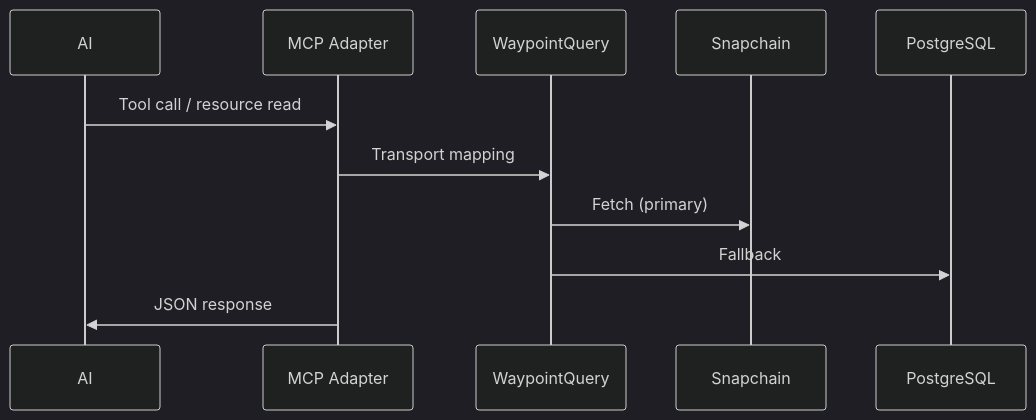
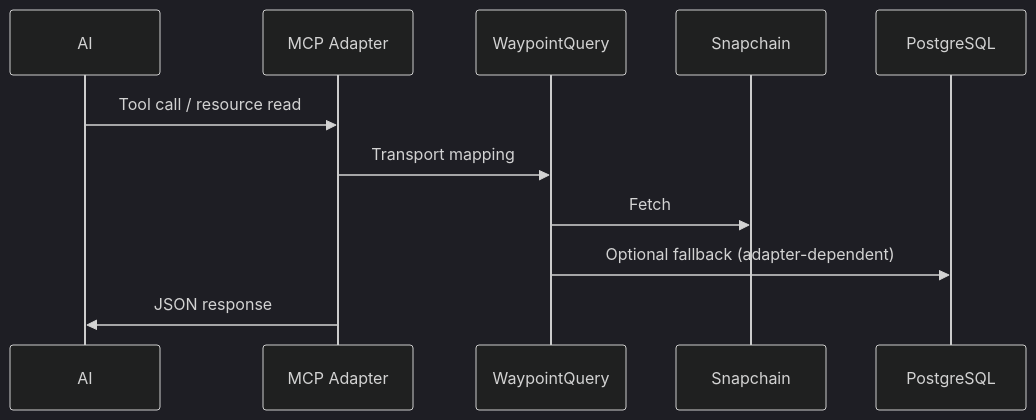
The third of 3 diagrams in docs/architecture.md (officialunofficial/waypoint), drawn with Mermaid (dark theme) before and after one commit. The commit also changed other lines of this file and 36 other files, not shown here.

````diff
--- a/docs/architecture.md
+++ b/docs/architecture.md
@@ -66,14 +66,14 @@
 ```mermaid
 sequenceDiagram
     participant AI
     participant MCP as MCP Adapter
     participant Query as WaypointQuery
     participant Hub as Snapchain
     participant DB as PostgreSQL
 
     AI->>MCP: Tool call / resource read
     MCP->>Query: Transport mapping
-    Query->>Hub: Fetch (primary)
-    Query->>DB: Fallback
+    Query->>Hub: Fetch
+    Query->>DB: Optional fallback (adapter-dependent)
     MCP->>AI: JSON response
 ```
````
